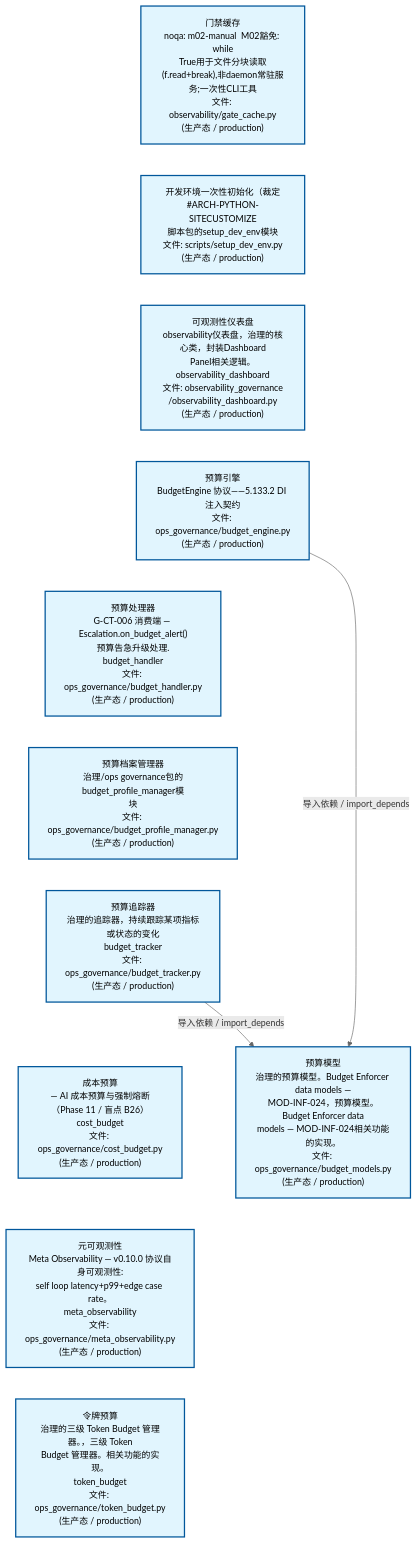
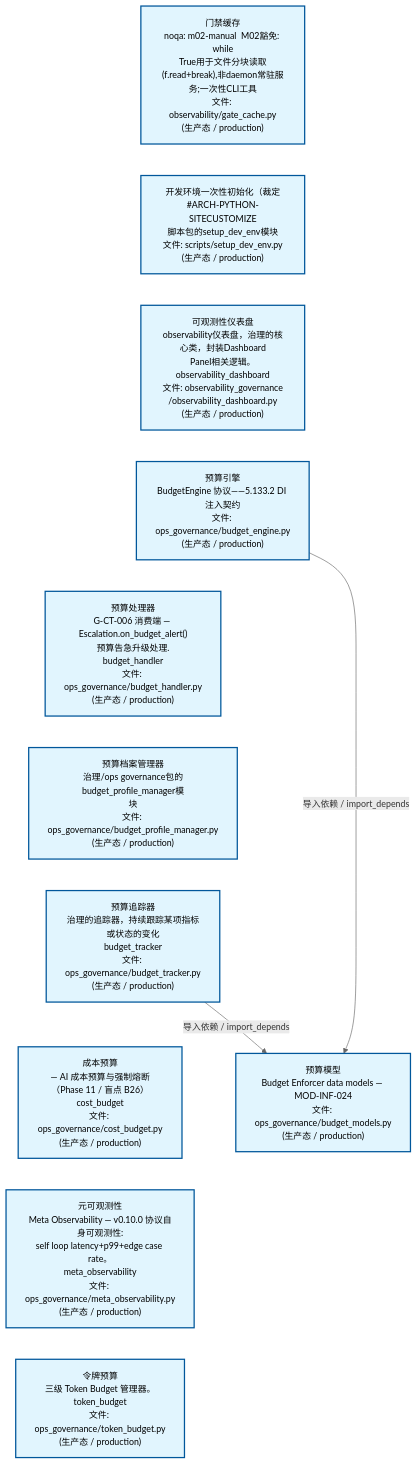
Before and after one commit to xuanFelixVan/ZephyrAlpha: the second of 3 diagrams in docs/02_enterprise_architecture/02_domain_architecture_docs/24_d_ops.md, drawn with Mermaid. The commit also changed other lines of this file and 41 other files, not shown here.

````diff
--- a/docs/02_enterprise_architecture/02_domain_architecture_docs/24_d_ops.md
+++ b/docs/02_enterprise_architecture/02_domain_architecture_docs/24_d_ops.md
@@ -125,31 +125,31 @@
 ```mermaid
 %%{init: {'theme': 'base', 'themeVariables': {'primaryColor': '#eaeaea', 'primaryTextColor': '#333333', 'primaryBorderColor': '#666666', 'lineColor': '#666666', 'secondaryColor': '#eaeaea', 'tertiaryColor': '#eaeaea', 'fontSize': '14px'}}}%%
 flowchart TD
     scripts_governance_observability_gate_cache_py["门禁缓存<br/>noqa: m02-manual  M02豁免: while<br/>True用于文件分块读取<br/>(f.read+break),非daemon常驻服务;一次性CLI工具<br/>文件: observability/gate_cache.py<br/>(生产态 / production)"]
     scripts_setup_dev_env_py["开发环境一次性初始化（裁定<br/>#ARCH-PYTHON-SITECUSTOMIZE<br/>脚本包的setup_dev_env模块<br/>文件: scripts/setup_dev_env.py<br/>(生产态 / production)"]
     src_zephyr_governance_observability_governance_observability_dashboard_py["可观测性仪表盘<br/>observability仪表盘，治理的核心类，封装Dashboard<br/>Panel相关逻辑。<br/>observability_dashboard<br/>文件: observability_governance<br/>/observability_dashboard.py<br/>(生产态 / production)"]
     src_zephyr_governance_ops_governance_budget_engine_py["预算引擎<br/>BudgetEngine 协议——5.133.2 DI 注入契约<br/>文件: ops_governance/budget_engine.py<br/>(生产态 / production)"]
     src_zephyr_governance_ops_governance_budget_handler_py["预算处理器<br/>G-CT-006 消费端 — Escalation.on_budget_alert()<br/>预算告急升级处理.<br/>budget_handler<br/>文件: ops_governance/budget_handler.py<br/>(生产态 / production)"]
     src_zephyr_governance_ops_governance_budget_profile_manager_py["预算档案管理器<br/>治理/ops governance包的budget_profile_manager模<br/>块<br/>文件: ops_governance/budget_profile_manager.py<br/>(生产态 / production)"]
     src_zephyr_governance_ops_governance_budget_tracker_py["预算追踪器<br/>治理的追踪器，持续跟踪某项指标或状态的变化<br/>budget_tracker<br/>文件: ops_governance/budget_tracker.py<br/>(生产态 / production)"]
     src_zephyr_governance_ops_governance_cost_budget_py["成本预算<br/>— AI 成本预算与强制熔断（Phase 11 / 盲点 B26）<br/>cost_budget<br/>文件: ops_governance/cost_budget.py<br/>(生产态 / production)"]
     src_zephyr_governance_ops_governance_meta_observability_py["元可观测性<br/>Meta Observability — v0.10.0 协议自身可观测性:<br/>self loop latency+p99+edge case rate。<br/>meta_observability<br/>文件: ops_governance/meta_observability.py<br/>(生产态 / production)"]
-    src_zephyr_governance_ops_governance_token_budget_py["令牌预算<br/>治理的三级 Token Budget 管理器。，三级 Token<br/>Budget 管理器。相关功能的实现。<br/>token_budget<br/>文件: ops_governance/token_budget.py<br/>(生产态 / production)"]
+    src_zephyr_governance_ops_governance_token_budget_py["令牌预算<br/>三级 Token Budget 管理器。<br/>token_budget<br/>文件: ops_governance/token_budget.py<br/>(生产态 / production)"]
     scripts_governance_observability_gate_cache_py ~~~ scripts_setup_dev_env_py
     scripts_setup_dev_env_py ~~~ src_zephyr_governance_observability_governance_observability_dashboard_py
     src_zephyr_governance_observability_governance_observability_dashboard_py ~~~ src_zephyr_governance_ops_governance_budget_engine_py
     src_zephyr_governance_ops_governance_budget_engine_py ~~~ src_zephyr_governance_ops_governance_budget_handler_py
     src_zephyr_governance_ops_governance_budget_handler_py ~~~ src_zephyr_governance_ops_governance_budget_profile_manager_py
     src_zephyr_governance_ops_governance_budget_profile_manager_py ~~~ src_zephyr_governance_ops_governance_budget_tracker_py
     src_zephyr_governance_ops_governance_budget_tracker_py ~~~ src_zephyr_governance_ops_governance_cost_budget_py
     src_zephyr_governance_ops_governance_cost_budget_py ~~~ src_zephyr_governance_ops_governance_meta_observability_py
     src_zephyr_governance_ops_governance_meta_observability_py ~~~ src_zephyr_governance_ops_governance_token_budget_py
-    src_zephyr_governance_ops_governance_budget_models_py["预算模型<br/>治理的预算模型。Budget Enforcer data models —<br/>MOD-INF-024，预算模型。Budget Enforcer data<br/>models — MOD-INF-024相关功能的实现。<br/>文件: ops_governance/budget_models.py<br/>(生产态 / production)"]
+    src_zephyr_governance_ops_governance_budget_models_py["预算模型<br/>Budget Enforcer data models — MOD-INF-024<br/>文件: ops_governance/budget_models.py<br/>(生产态 / production)"]
     src_zephyr_governance_ops_governance_budget_engine_py -->|导入依赖 / import_depends| src_zephyr_governance_ops_governance_budget_models_py
     src_zephyr_governance_ops_governance_budget_tracker_py -->|导入依赖 / import_depends| src_zephyr_governance_ops_governance_budget_models_py
     classDef production fill:#e1f5fe,stroke:#01579b,stroke-width:2px,color:#000
     classDef design fill:#fff3e0,stroke:#e65100,stroke-width:2px,color:#000,stroke-dasharray: 5 5
     classDef external_prod fill:#e8f4fd,stroke:#0277bd,stroke-width:1px,color:#000
     classDef external_design fill:#fff8e7,stroke:#ef6c00,stroke-width:1px,color:#000,stroke-dasharray: 5 5
     class scripts_governance_observability_gate_cache_py,scripts_setup_dev_env_py,src_zephyr_governance_observability_governance_observability_dashboard_py,src_zephyr_governance_ops_governance_budget_engine_py,src_zephyr_governance_ops_governance_budget_handler_py,src_zephyr_governance_ops_governance_budget_models_py,src_zephyr_governance_ops_governance_budget_profile_manager_py,src_zephyr_governance_ops_governance_budget_tracker_py,src_zephyr_governance_ops_governance_cost_budget_py,src_zephyr_governance_ops_governance_meta_observability_py,src_zephyr_governance_ops_governance_token_budget_py production
 ```
````
